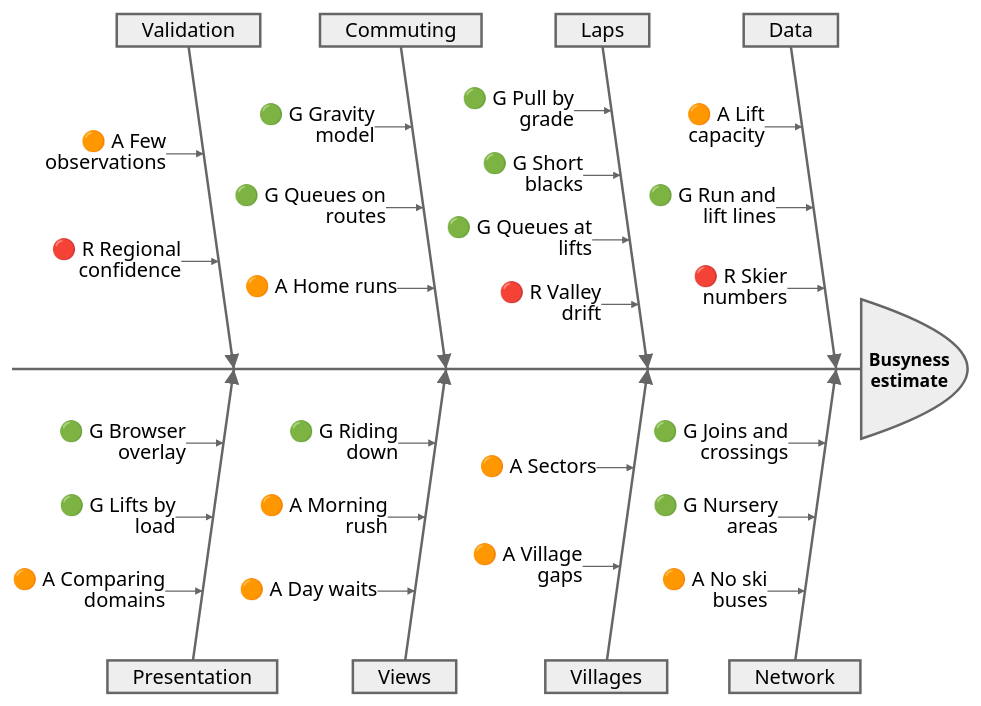
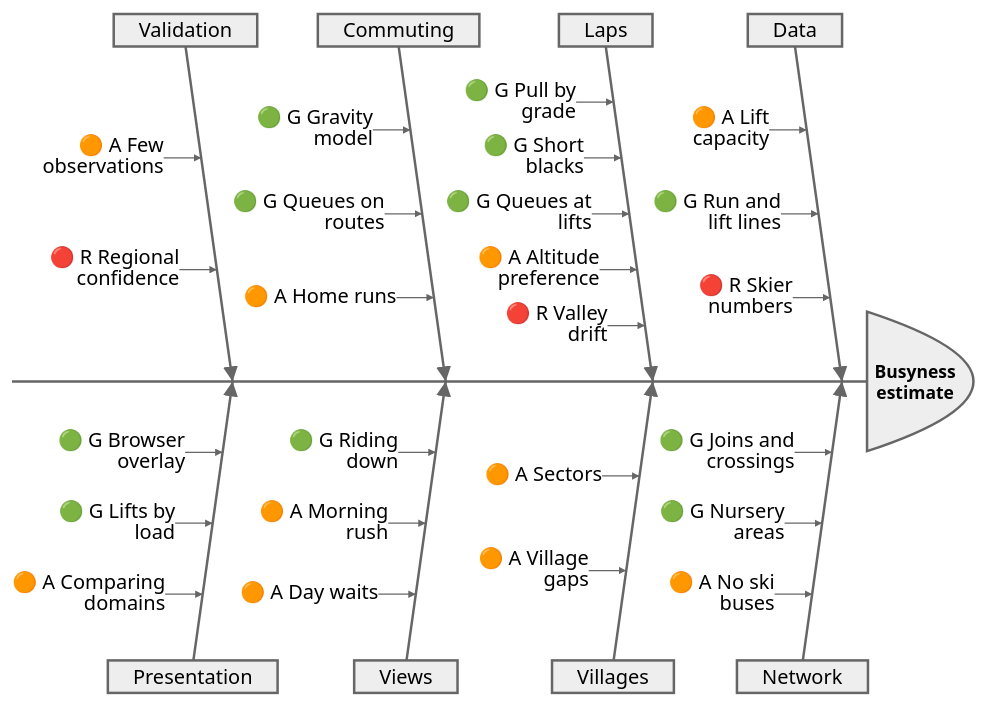
The diagram in docs/known-issues.md (AntonyM71/ski-altitude-explorer), drawn with Mermaid (neutral theme) before and after one commit. The commit also changed other lines of this file and 21 other files, not shown here.

First line of the commit message:
Fair-weather altitude preference, and a diagnostics tool

````diff
--- a/docs/known-issues.md
+++ b/docs/known-issues.md
@@ -25,35 +25,36 @@
 ```mermaid
 ishikawa-beta
     Busyness estimate
     Data
         🟠 A Lift capacity
         🟢 G Run and lift lines
         🔴 R Skier numbers
     Network
         🟢 G Joins and crossings
         🟢 G Nursery areas
         🟠 A No ski buses
     Laps
         🟢 G Pull by grade
         🟢 G Short blacks
         🟢 G Queues at lifts
+        🟠 A Altitude preference
         🔴 R Valley drift
     Villages
         🟠 A Sectors
         🟠 A Village gaps
     Commuting
         🟢 G Gravity model
         🟢 G Queues on routes
         🟠 A Home runs
     Views
         🟢 G Riding down
         🟠 A Morning rush
         🟠 A Day waits
     Validation
         🟠 A Few observations
         🔴 R Regional confidence
     Presentation
         🟢 G Browser overlay
         🟢 G Lifts by load
         🟠 A Comparing domains
 ```
````
